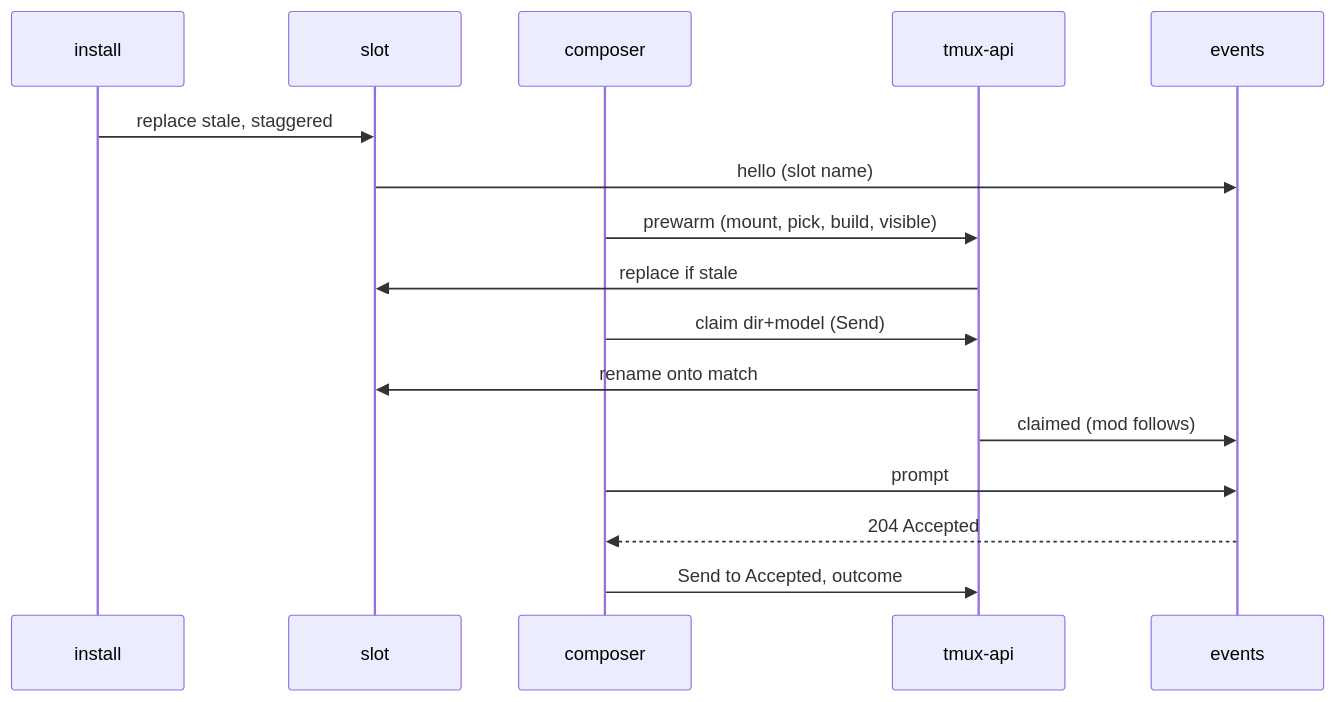
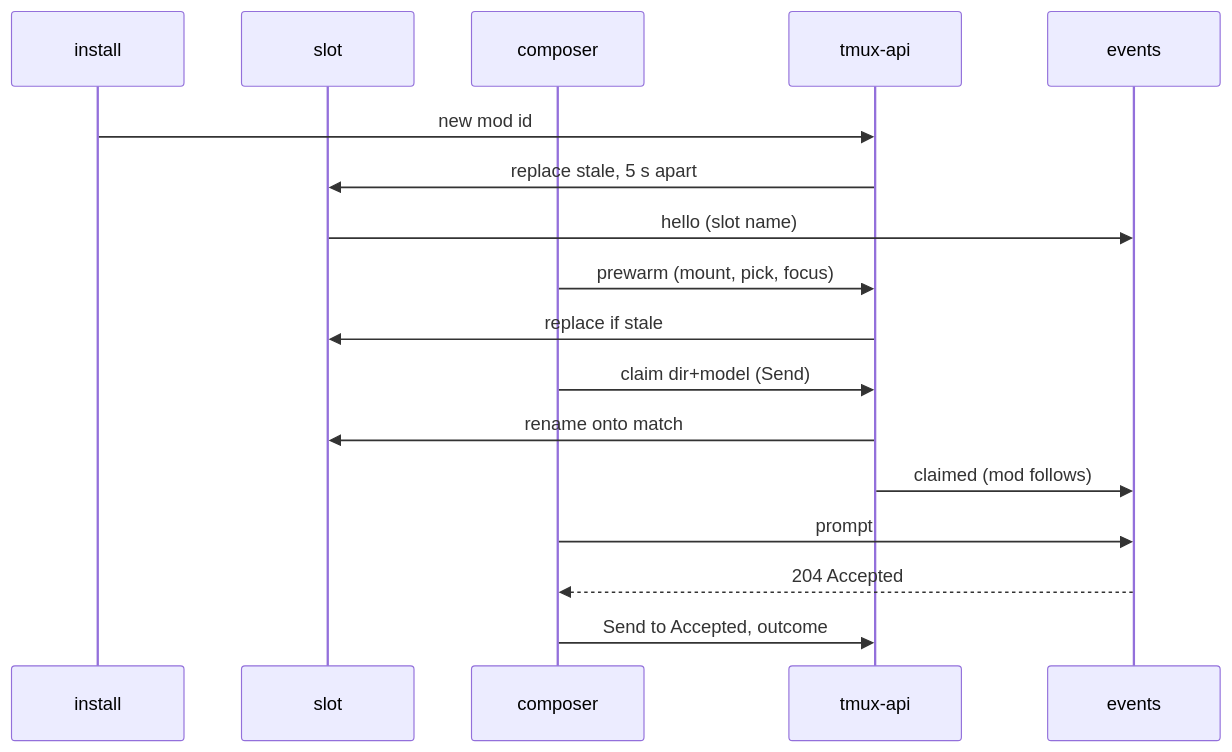
The second of 2 diagrams in docs/plans/2026-10-04-warm-slot-at-send-design.md (ViktorBarzin/terminal-lobby), drawn with Mermaid before and after one commit. The commit also changed other lines of this file and 1 other file, not shown here.

````diff
--- a/docs/plans/2026-10-04-warm-slot-at-send-design.md
+++ b/docs/plans/2026-10-04-warm-slot-at-send-design.md
@@ -123,19 +129,20 @@
 ```mermaid
 sequenceDiagram
     participant I as install
     participant S as slot
     participant C as composer
     participant A as tmux-api
     participant E as events
 
-    I->>S: replace stale, staggered
+    I->>A: new mod id
+    A->>S: replace stale, 5 s apart
     S->>E: hello (slot name)
-    C->>A: prewarm (mount, pick, build, visible)
+    C->>A: prewarm (mount, pick, focus)
     A->>S: replace if stale
     C->>A: claim dir+model (Send)
     A->>S: rename onto match
     A->>E: claimed (mod follows)
     C->>E: prompt
     E-->>C: 204 Accepted
     C->>A: Send to Accepted, outcome
 ```
````
